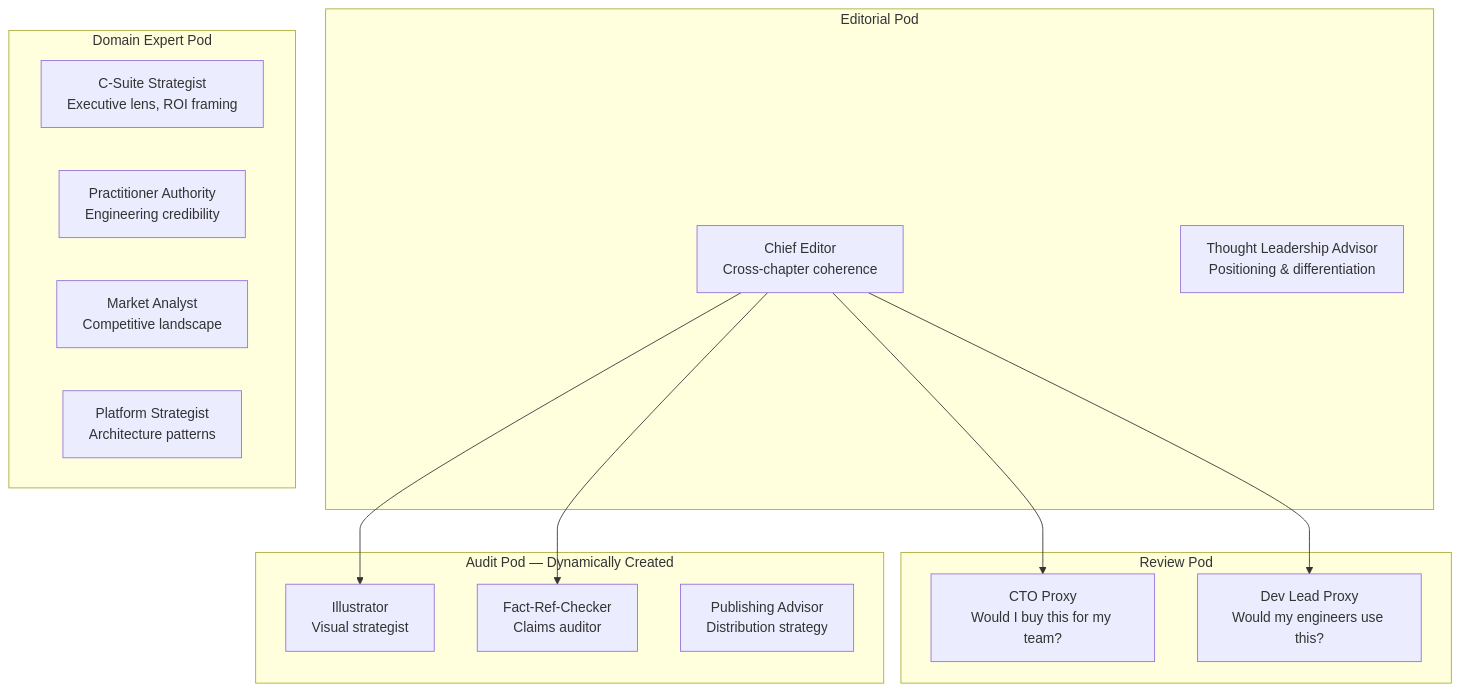
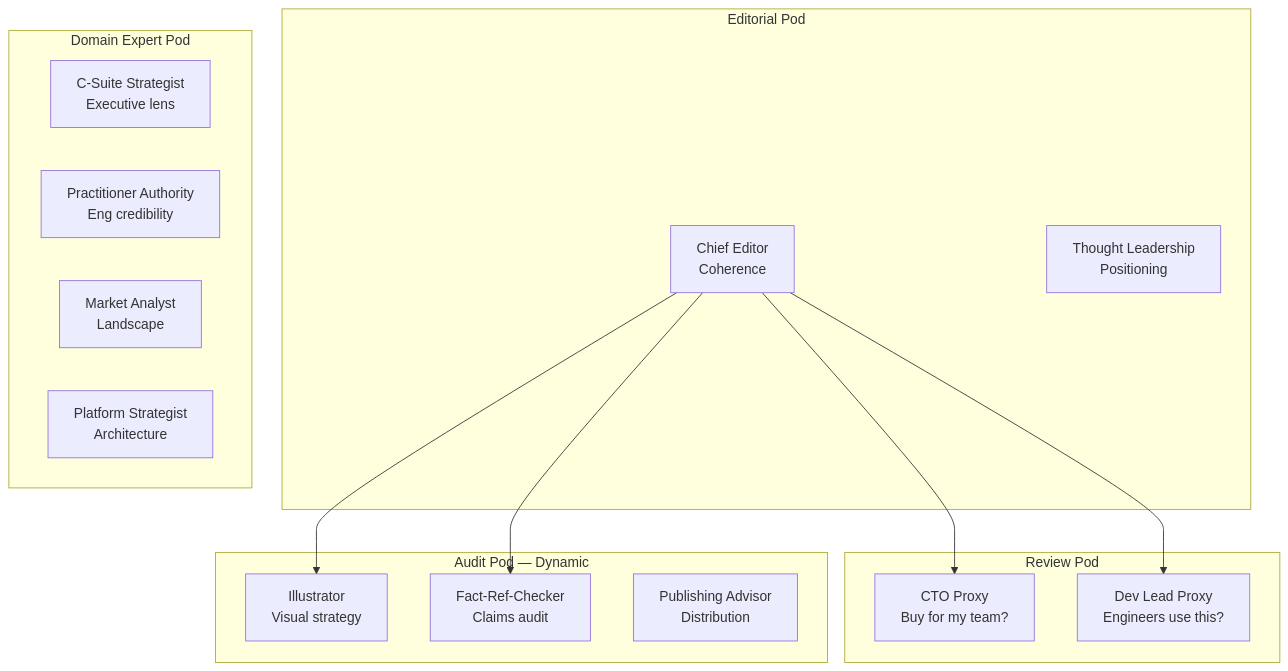
The first of 4 diagrams in case-study-handbook-writing.qmd (danielmeppiel/agentic-sdlc-handbook), drawn with Mermaid before and after one commit. The commit also changed 10 other files, not shown here.

First line of the commit message:
fix: PDF formatting — compact TOC, fix diagrams, table formatting, hooks accuracy

````diff
--- a/case-study-handbook-writing.qmd
+++ b/case-study-handbook-writing.qmd
@@ -36,36 +36,36 @@
 ```{mermaid}
-%%| fig-width: 5.5
-%%| fig-height: 7
+%%| fig-width: 5.0
+%%| fig-height: 5.5
 %%| fig-cap: "Agent team topology: 11 personas organized in four pods"
 %%| fig-alt: "Diagram showing four pods. The Editorial Pod contains Chief Editor (cross-chapter coherence) and Thought Leadership Advisor (positioning and differentiation). The Domain Expert Pod contains C-Suite Strategist (executive lens, ROI framing), Practitioner Authority (engineering credibility), Market Analyst (competitive landscape), and Platform Strategist (architecture patterns). The Review Pod contains CTO Proxy (would I buy this for my team?) and Dev Lead Proxy (would my engineers use this?). The Audit Pod, dynamically created, contains Illustrator (visual strategist), Fact-Ref-Checker (claims auditor), and Publishing Advisor (distribution strategy). Chief Editor connects to CTO Proxy, Dev Lead Proxy, Illustrator, and Fact-Ref-Checker."
 %%| label: fig-cs-team-topology
 graph TB
     subgraph Editorial["Editorial Pod"]
-        CE[Chief Editor<br/>Cross-chapter coherence]
-        TLA[Thought Leadership Advisor<br/>Positioning & differentiation]
+        CE[Chief Editor<br/>Coherence]
+        TLA[Thought Leadership<br/>Positioning]
     end
 
     subgraph Domain["Domain Expert Pod"]
-        CS[C-Suite Strategist<br/>Executive lens, ROI framing]
-        PA[Practitioner Authority<br/>Engineering credibility]
-        MA[Market Analyst<br/>Competitive landscape]
-        PS[Platform Strategist<br/>Architecture patterns]
+        CS[C-Suite Strategist<br/>Executive lens]
+        PA[Practitioner Authority<br/>Eng credibility]
+        MA[Market Analyst<br/>Landscape]
+        PS[Platform Strategist<br/>Architecture]
     end
 
     subgraph Review["Review Pod"]
-        CTO[CTO Proxy<br/>Would I buy this for my team?]
-        DL[Dev Lead Proxy<br/>Would my engineers use this?]
+        CTO[CTO Proxy<br/>Buy for my team?]
+        DL[Dev Lead Proxy<br/>Engineers use this?]
     end
 
-    subgraph Audit["Audit Pod — Dynamically Created"]
-        IL[Illustrator<br/>Visual strategist]
-        FC[Fact-Ref-Checker<br/>Claims auditor]
-        PB[Publishing Advisor<br/>Distribution strategy]
+    subgraph Audit["Audit Pod — Dynamic"]
+        IL[Illustrator<br/>Visual strategy]
+        FC[Fact-Ref-Checker<br/>Claims audit]
+        PB[Publishing Advisor<br/>Distribution]
     end
 
     CE --> CTO
     CE --> DL
     CE --> IL
     CE --> FC
 
 ```
````
